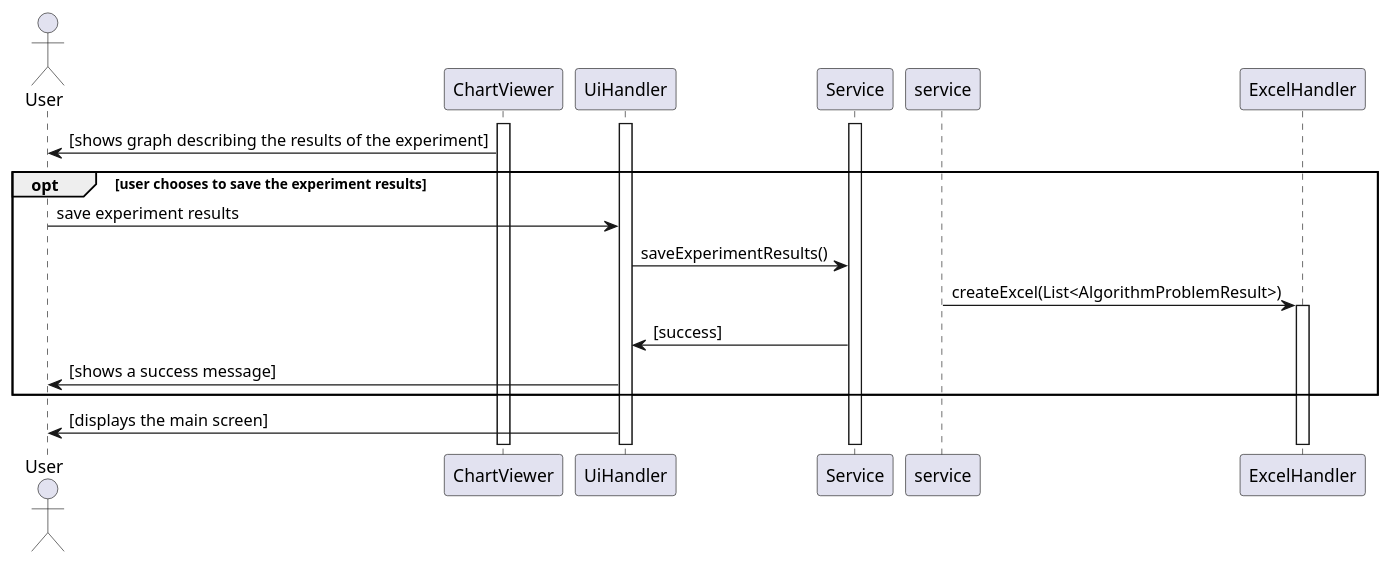
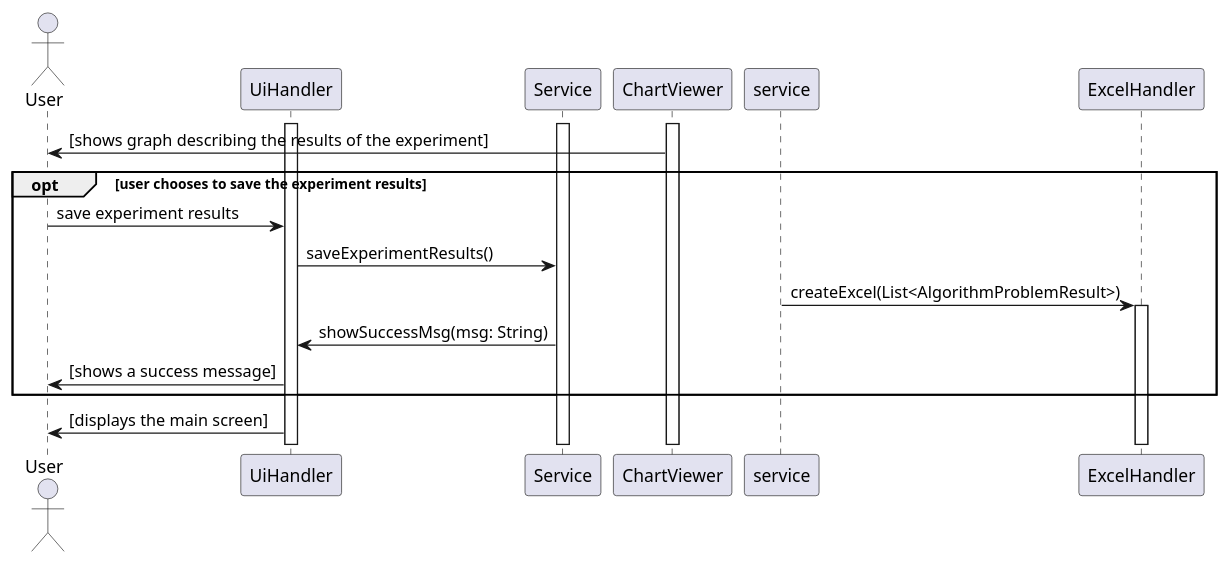
One commit to miamiHits/FinalProject changed the diagram in Final/Docs/Diagrams/behaviour diagrams/scripts/showResultsSeq.puml. Above: the diagram before and after it, drawn with PlantUML. The commit also changed 9 other files, not shown here.

Commit message:
sequence diagrams are ready

```diff
--- a/Final/Docs/Diagrams/behaviour diagrams/scripts/showResultsSeq.puml
+++ b/Final/Docs/Diagrams/behaviour diagrams/scripts/showResultsSeq.puml
@@ -1,23 +1,22 @@
 @startuml
 actor User as u
-participant ChartViewer as cv
 
 activate UiHandler
 activate Service
-activate cv
+activate ChartViewer
 
-cv -> u : [shows graph describing the results of the experiment]
+ChartViewer -> u : [shows graph describing the results of the experiment]
 
 opt user chooses to save the experiment results
     u -> UiHandler : save experiment results
     UiHandler -> Service : saveExperimentResults()
     service -> ExcelHandler : createExcel(List<AlgorithmProblemResult>)
     activate ExcelHandler
 
-    Service -> UiHandler : [success]
+    Service -> UiHandler : showSuccessMsg(msg: String)
     UiHandler -> u : [shows a success message]
 end
 
 UiHandler -> u : [displays the main screen]
 
 @enduml
```
